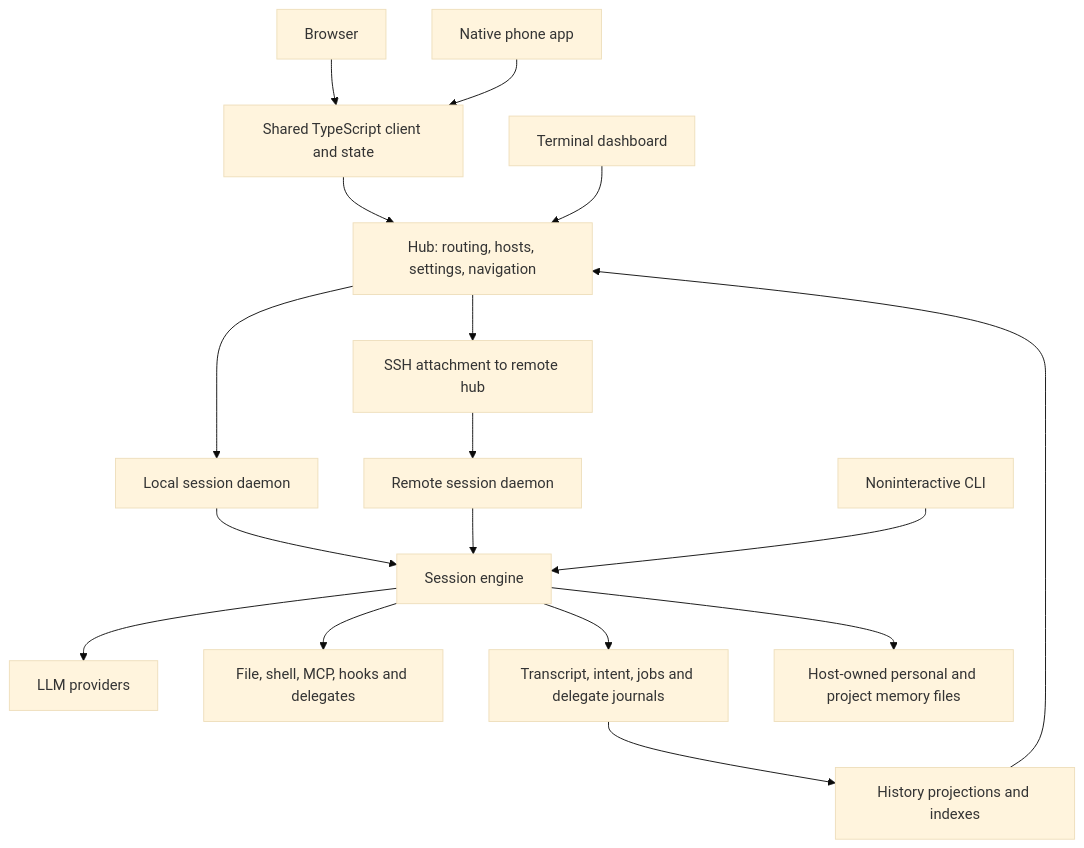
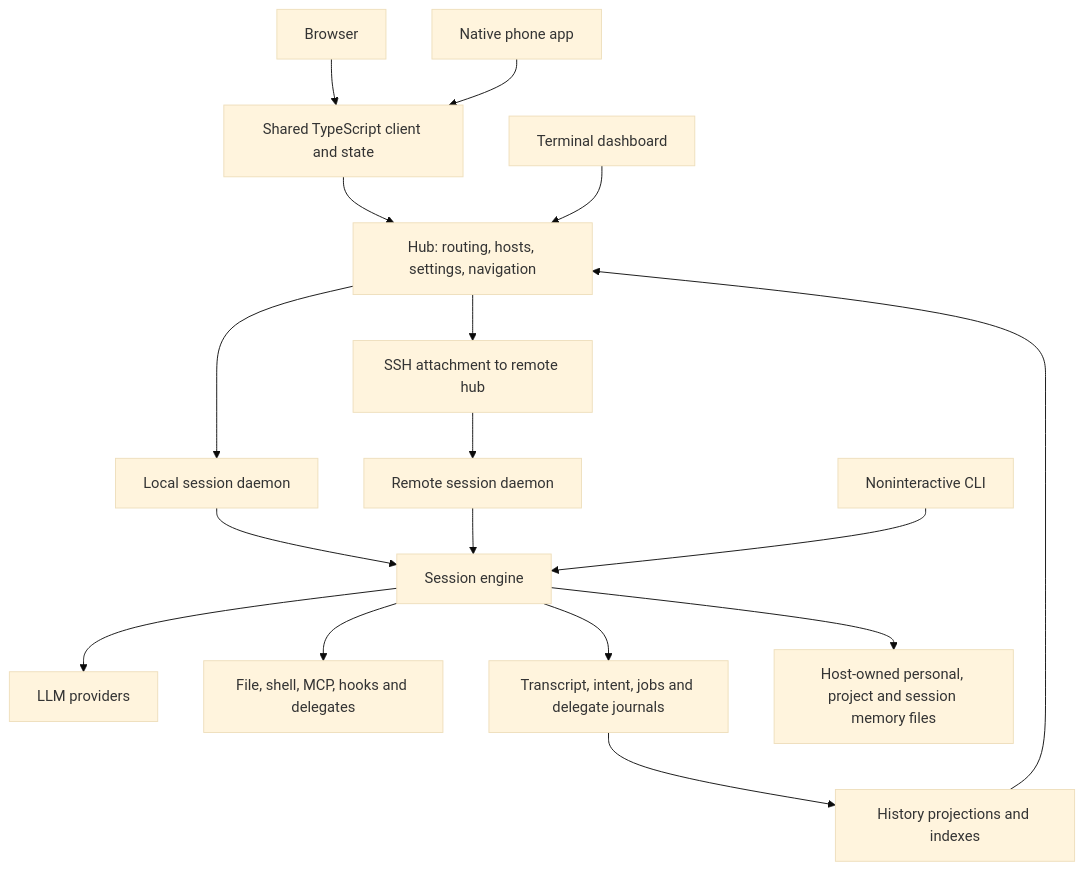
Before and after one commit to prime-radiant-inc/evener: the diagram in docs/product/subsystems.md, drawn with Mermaid (base theme). The commit also changed other lines of this file and 3 other files, not shown here.

Commit message:
docs(memory): session scope

````diff
--- a/docs/product/subsystems.md
+++ b/docs/product/subsystems.md
@@ -14,19 +14,19 @@
 ```mermaid
 flowchart TD
     Web[Browser] --> TS[Shared TypeScript client and state]
     Native[Native phone app] --> TS
     TS --> Hub[Hub: routing, hosts, settings, navigation]
     TUI[Terminal dashboard] --> Hub
     Hub --> Local[Local session daemon]
     Hub --> Remote[SSH attachment to remote hub]
     Remote --> RemoteDaemon[Remote session daemon]
     Local --> Agent[Session engine]
     RemoteDaemon --> Agent
     CLI[Noninteractive CLI] --> Agent
     Agent --> Providers[LLM providers]
     Agent --> Tools[File, shell, MCP, hooks and delegates]
     Agent --> State[Transcript, intent, jobs and delegate journals]
-    Agent --> Memory[Host-owned personal and project memory files]
+    Agent --> Memory[Host-owned personal, project and session memory files]
     State --> Views[History projections and indexes]
     Views --> Hub
 ```
````
